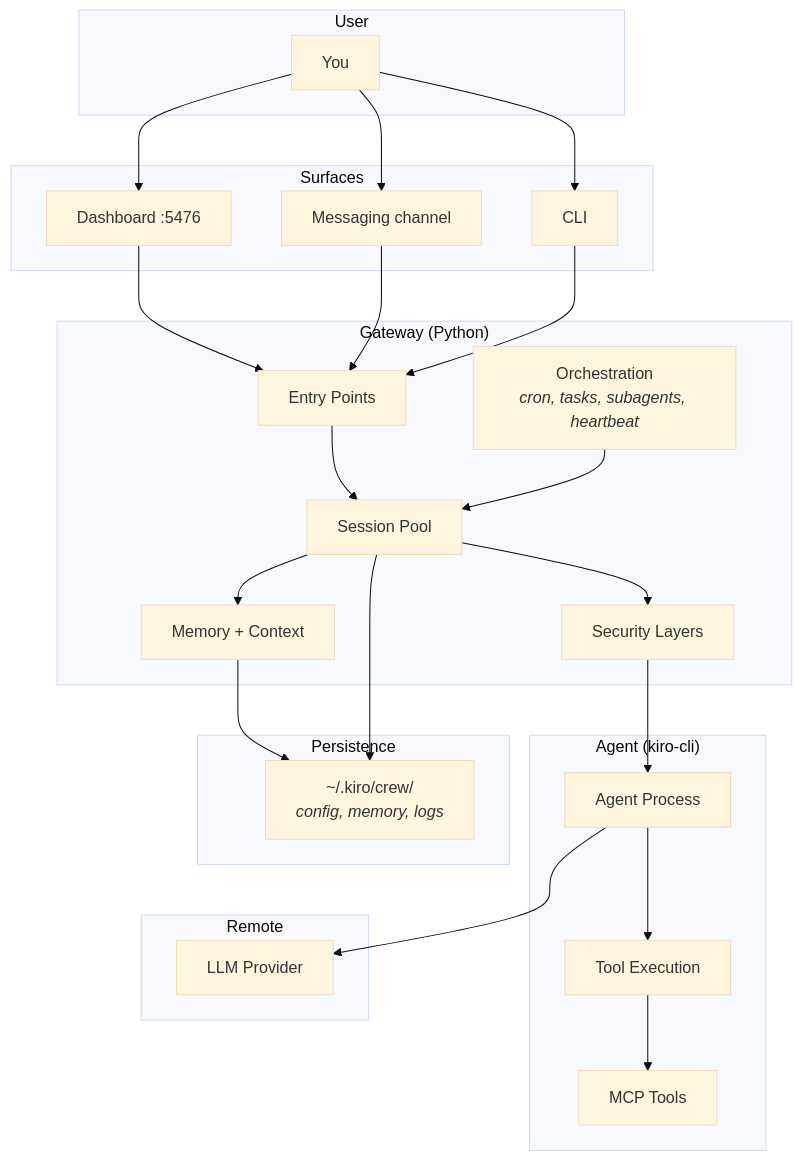
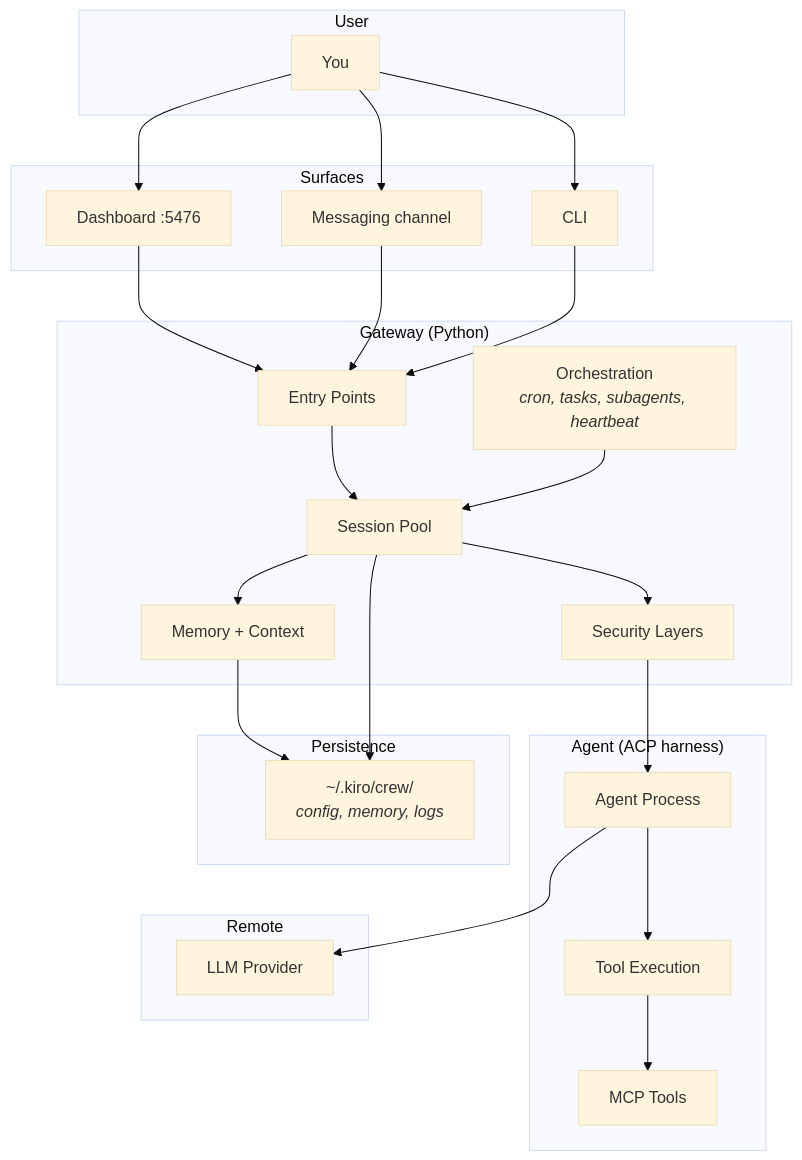
One commit to kirodotdev/KiroCrew changed the ninth of 9 diagrams in docs/architecture/overview.md. Above: the diagram before and after it, drawn with Mermaid (base theme). The commit also changed other lines of this file and 3 other files, not shown here.

Commit message:
docs(architecture): name KAS as the default harness and drop closed issue numbers

````diff
--- a/docs/architecture/overview.md
+++ b/docs/architecture/overview.md
@@ -754,54 +757,54 @@
 ```mermaid
 graph TB
     subgraph "User"
         U[You]
     end
 
     subgraph "Surfaces"
         DASH[Dashboard :5476]
         SL[Messaging channel]
         TERM[CLI]
     end
 
     subgraph "Gateway (Python)"
         ENTRY[Entry Points]
         SESSION[Session Pool]
         MEMORY[Memory + Context]
         ORCH[Orchestration<br/><i>cron, tasks, subagents, heartbeat</i>]
         SECURITY[Security Layers]
     end
 
-    subgraph "Agent (kiro-cli)"
+    subgraph "Agent (ACP harness)"
         AGENT[Agent Process]
         TOOL_EXEC[Tool Execution]
         MCP_TOOLS[MCP Tools]
     end
 
     subgraph "Persistence"
         DISK["~/.kiro/crew/<br/><i>config, memory, logs</i>"]
     end
 
     subgraph "Remote"
         CLOUD_LLM[LLM Provider]
     end
 
     U --> DASH
     U --> SL
     U --> TERM
 
     DASH --> ENTRY
     SL --> ENTRY
     TERM --> ENTRY
 
     ENTRY --> SESSION
     SESSION --> MEMORY
     SESSION --> SECURITY
     SECURITY --> AGENT
     AGENT --> TOOL_EXEC
     TOOL_EXEC --> MCP_TOOLS
     AGENT --> CLOUD_LLM
 
     MEMORY --> DISK
     ORCH --> SESSION
     SESSION --> DISK
 ```
````
